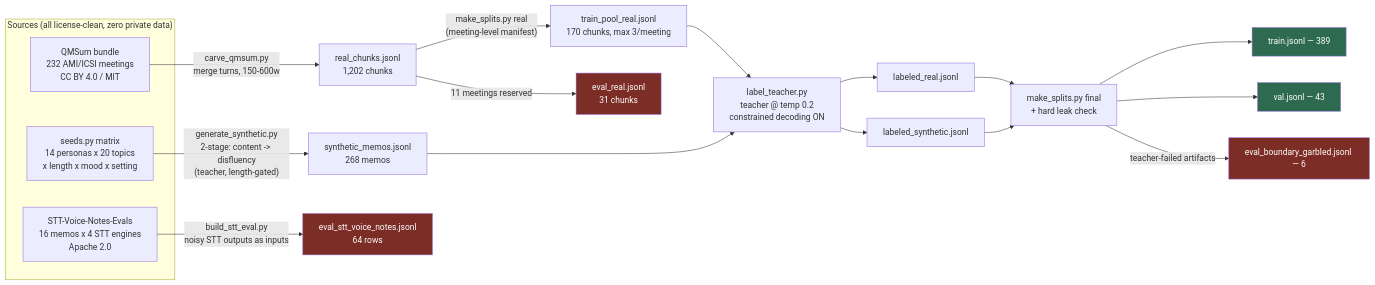
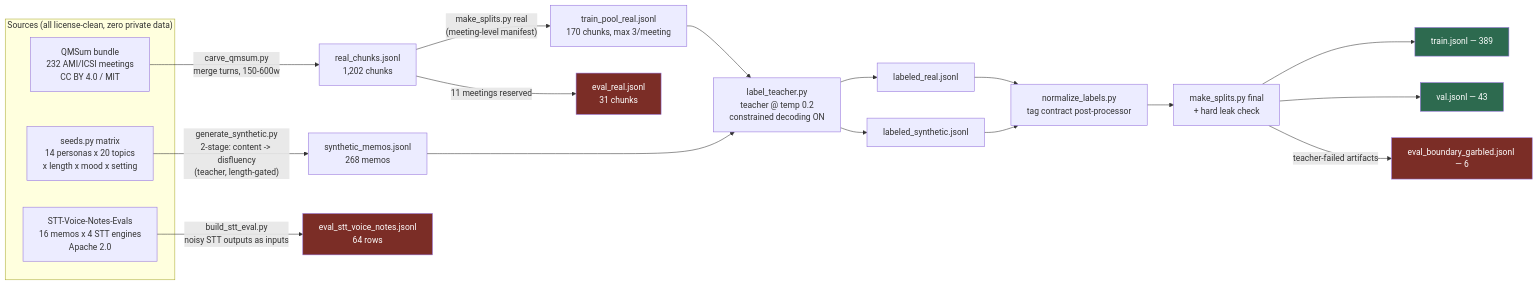
The first of 3 diagrams in finetune/README.md (leoric-crown/lima), drawn with Mermaid before and after one commit. The commit also changed other lines of this file and 12 other files, not shown here.

````diff
--- a/finetune/README.md
+++ b/finetune/README.md
@@ -12,33 +12,34 @@
 ```mermaid
 flowchart LR
     subgraph SRC["Sources (all license-clean, zero private data)"]
         QM["QMSum bundle<br>232 AMI/ICSI meetings<br>CC BY 4.0 / MIT"]
         SEED["seeds.py matrix<br>14 personas x 20 topics<br>x length x mood x setting"]
         STT["STT-Voice-Notes-Evals<br>16 memos x 4 STT engines<br>Apache 2.0"]
     end
 
     QM -- "carve_qmsum.py<br>merge turns, 150-600w" --> RC["real_chunks.jsonl<br>1,202 chunks"]
     RC -- "make_splits.py real<br>(meeting-level manifest)" --> POOL["train_pool_real.jsonl<br>170 chunks, max 3/meeting"]
     RC -- "11 meetings reserved" --> EVR["eval_real.jsonl<br>31 chunks"]
 
     SEED -- "generate_synthetic.py<br>2-stage: content -> disfluency<br>(teacher, length-gated)" --> SM["synthetic_memos.jsonl<br>268 memos"]
 
     POOL --> LBL["label_teacher.py<br>teacher @ temp 0.2<br>constrained decoding ON"]
     SM --> LBL
     LBL --> LR["labeled_real.jsonl"]
     LBL --> LS["labeled_synthetic.jsonl"]
 
-    LR --> FIN["make_splits.py final<br>+ hard leak check"]
-    LS --> FIN
+    LR --> NORM["normalize_labels.py<br>tag contract post-processor"]
+    LS --> NORM
+    NORM --> FIN["make_splits.py final<br>+ hard leak check"]
     FIN --> TR["train.jsonl — 389"]
     FIN --> VA["val.jsonl — 43"]
     FIN -- "teacher-failed artifacts" --> EVB["eval_boundary_garbled.jsonl — 6"]
 
     STT -- "build_stt_eval.py<br>noisy STT outputs as inputs" --> EVS["eval_stt_voice_notes.jsonl<br>64 rows"]
 
     style TR fill:#2d6a4f,color:#fff
     style VA fill:#2d6a4f,color:#fff
     style EVR fill:#7b2d26,color:#fff
     style EVS fill:#7b2d26,color:#fff
     style EVB fill:#7b2d26,color:#fff
 ```
````
